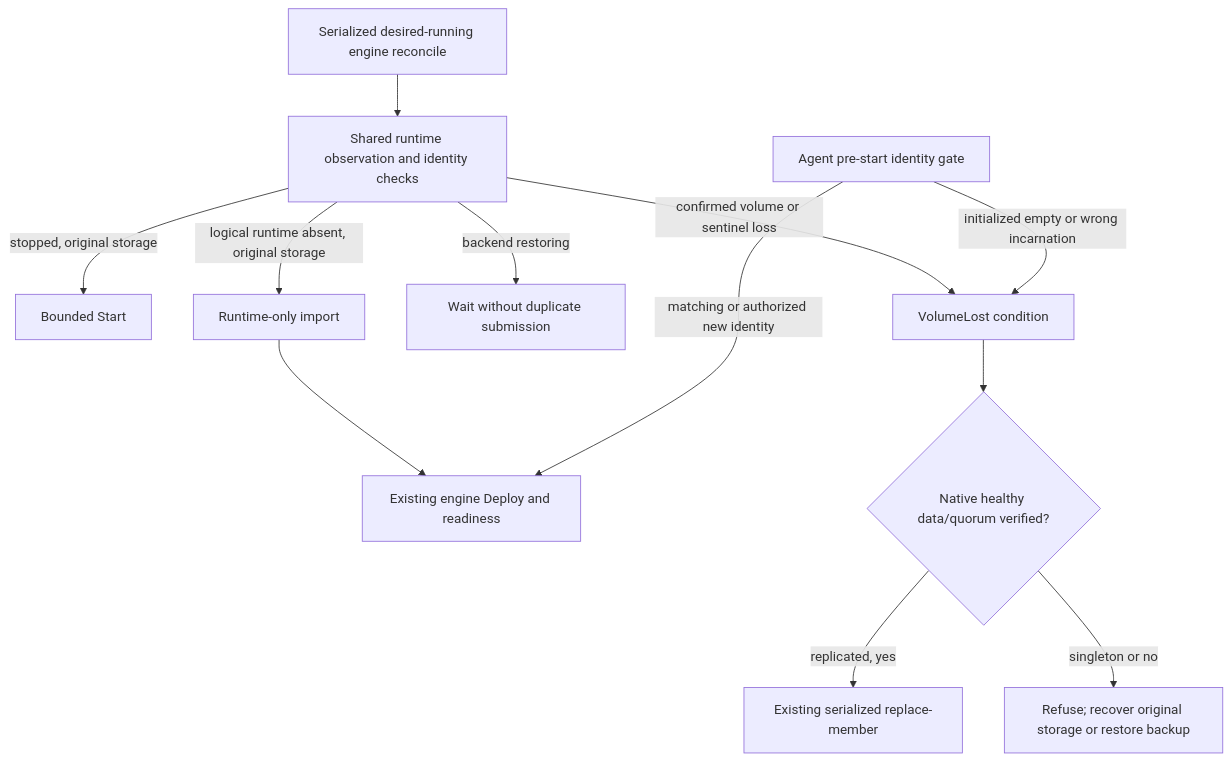
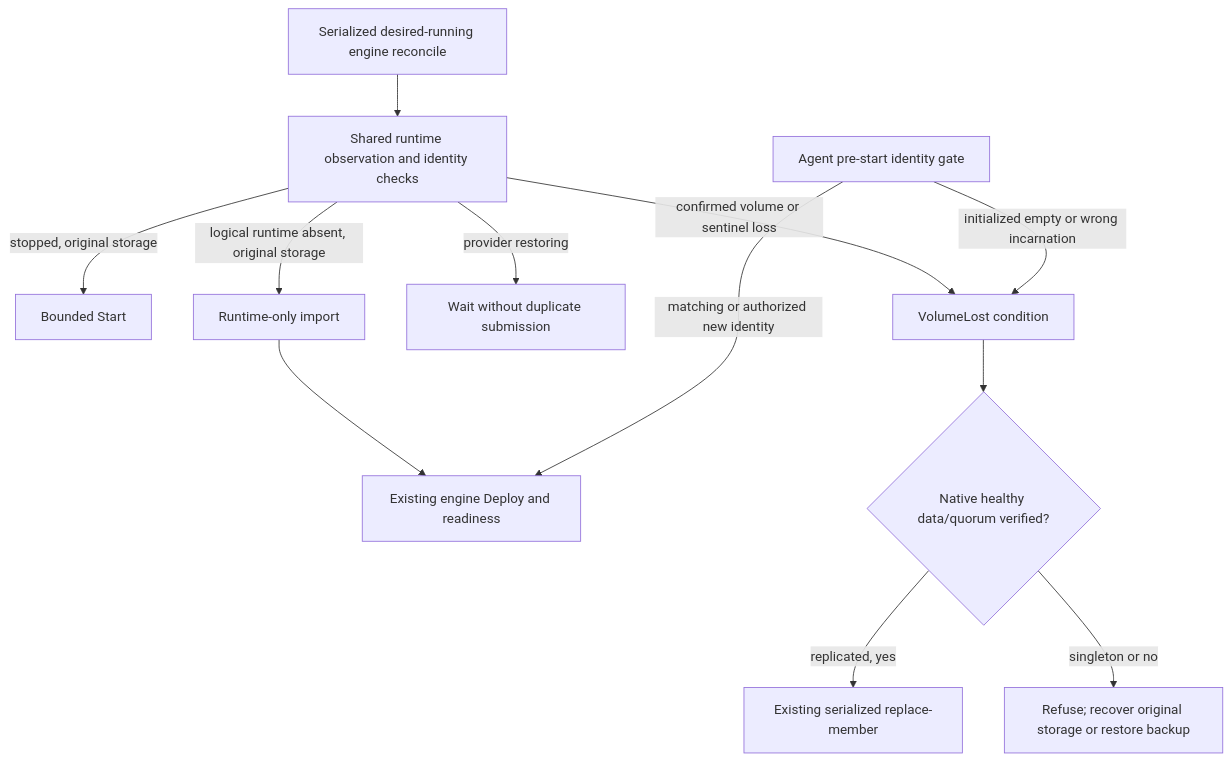
Before and after one commit to KarakoramDev/Karakoram: the diagram in docs/adr/0037-runtime-data-identity.md, drawn with Mermaid. The commit also changed other lines of this file and 101 other files, not shown here.

````diff
--- a/docs/adr/0037-runtime-data-identity.md
+++ b/docs/adr/0037-runtime-data-identity.md
@@ -69,14 +69,14 @@
 ```mermaid
 flowchart TD
     A[Serialized desired-running engine reconcile] --> B[Shared runtime observation and identity checks]
     B -->|stopped, original storage| C[Bounded Start]
     B -->|logical runtime absent, original storage| D[Runtime-only import]
     D --> E[Existing engine Deploy and readiness]
-    B -->|backend restoring| F[Wait without duplicate submission]
+    B -->|provider restoring| F[Wait without duplicate submission]
     B -->|confirmed volume or sentinel loss| G[VolumeLost condition]
     G --> H{Native healthy data/quorum verified?}
     H -->|replicated, yes| I[Existing serialized replace-member]
     H -->|singleton or no| J[Refuse; recover original storage or restore backup]
     K[Agent pre-start identity gate] -->|matching or authorized new identity| E
     K -->|initialized empty or wrong incarnation| G
 ```
````
